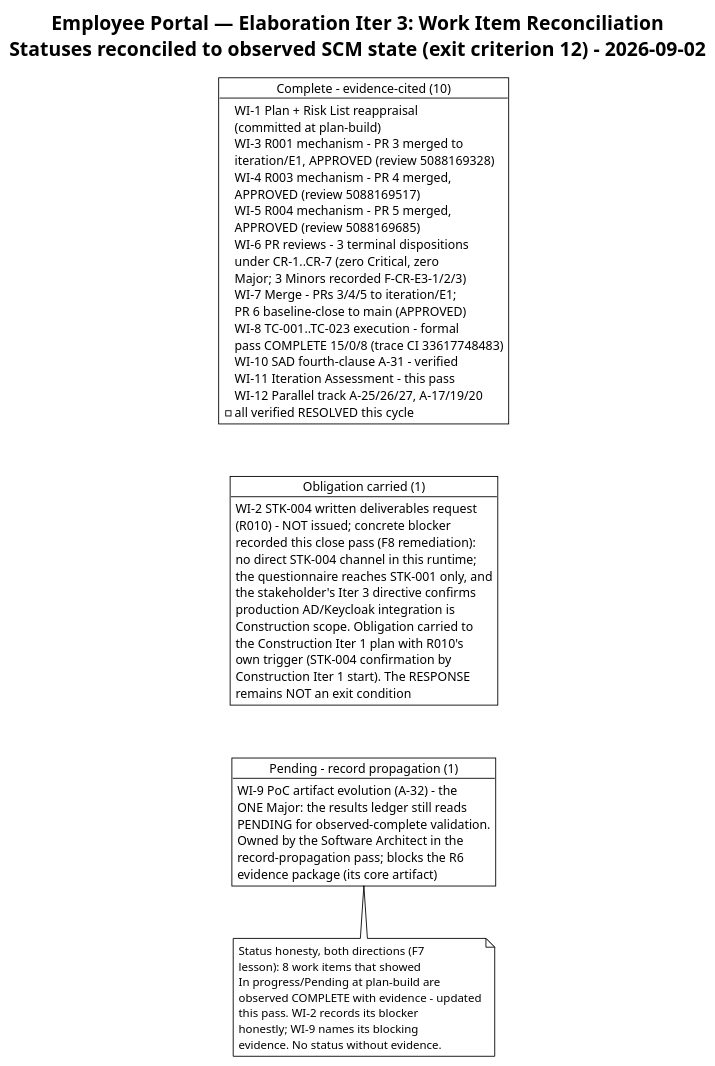
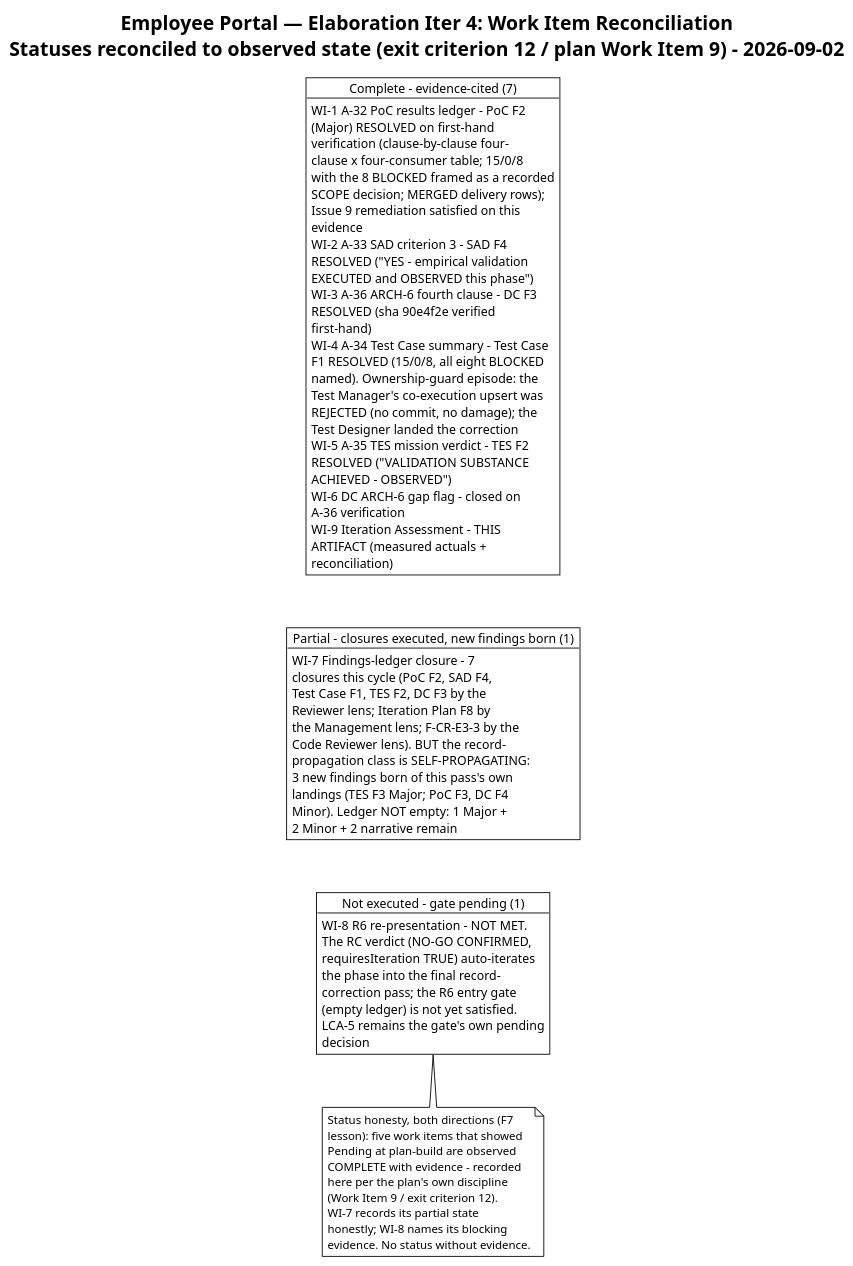
One commit to banense-test/employee-portal changed the third of 5 diagrams in docs/artifacts/project-management/iteration-assessment.md. Above: the diagram before and after it, drawn with PlantUML. The commit also changed other lines of this file, not shown here.

First line of the commit message:
Project Manager [E4]: upsert Iteration Assessment

````diff
--- a/docs/artifacts/project-management/iteration-assessment.md
+++ b/docs/artifacts/project-management/iteration-assessment.md
@@ -195,62 +214,74 @@
 ```plantuml
 @startuml
 !theme plain
-title Employee Portal — Elaboration Iter 3: Work Item Reconciliation\nStatuses reconciled to observed SCM state (exit criterion 12) - 2026-09-02
+title Employee Portal — Elaboration Iter 4: Work Item Reconciliation\nStatuses reconciled to observed state (exit criterion 12 / plan Work Item 9) - 2026-09-02
 
-object "Complete - evidence-cited (10)" as C {
-  WI-1 Plan + Risk List reappraisal
-  (committed at plan-build)
-  WI-3 R001 mechanism - PR 3 merged to
-  iteration/E1, APPROVED (review 5088169328)
-  WI-4 R003 mechanism - PR 4 merged,
-  APPROVED (review 5088169517)
-  WI-5 R004 mechanism - PR 5 merged,
-  APPROVED (review 5088169685)
-  WI-6 PR reviews - 3 terminal dispositions
-  under CR-1..CR-7 (zero Critical, zero
-  Major; 3 Minors recorded F-CR-E3-1/2/3)
-  WI-7 Merge - PRs 3/4/5 to iteration/E1;
-  PR 6 baseline-close to main (APPROVED)
-  WI-8 TC-001..TC-023 execution - formal
-  pass COMPLETE 15/0/8 (trace CI 33617748483)
-  WI-10 SAD fourth-clause A-31 - verified
-  WI-11 Iteration Assessment - this pass
-  WI-12 Parallel track A-25/26/27, A-17/19/20
-  - all verified RESOLVED this cycle
+object "Complete - evidence-cited (7)" as C {
+  WI-1 A-32 PoC results ledger - PoC F2
+  (Major) RESOLVED on first-hand
+  verification (clause-by-clause four-
+  clause x four-consumer table; 15/0/8
+  with the 8 BLOCKED framed as a recorded
+  SCOPE decision; MERGED delivery rows);
+  Issue 9 remediation satisfied on this
+  evidence
+  WI-2 A-33 SAD criterion 3 - SAD F4
+  RESOLVED ("YES - empirical validation
+  EXECUTED and OBSERVED this phase")
+  WI-3 A-36 ARCH-6 fourth clause - DC F3
+  RESOLVED (sha 90e4f2e verified
+  first-hand)
+  WI-4 A-34 Test Case summary - Test Case
+  F1 RESOLVED (15/0/8, all eight BLOCKED
+  named). Ownership-guard episode: the
+  Test Manager's co-execution upsert was
+  REJECTED (no commit, no damage); the
+  Test Designer landed the correction
+  WI-5 A-35 TES mission verdict - TES F2
+  RESOLVED ("VALIDATION SUBSTANCE
+  ACHIEVED - OBSERVED")
+  WI-6 DC ARCH-6 gap flag - closed on
+  A-36 verification
+  WI-9 Iteration Assessment - THIS
+  ARTIFACT (measured actuals +
+  reconciliation)
 }
-object "Obligation carried (1)" as IP {
-  WI-2 STK-004 written deliverables request
-  (R010) - NOT issued; concrete blocker
-  recorded this close pass (F8 remediation):
-  no direct STK-004 channel in this runtime;
-  the questionnaire reaches STK-001 only, and
-  the stakeholder's Iter 3 directive confirms
-  production AD/Keycloak integration is
-  Construction scope. Obligation carried to
-  the Construction Iter 1 plan with R010's
-  own trigger (STK-004 confirmation by
-  Construction Iter 1 start). The RESPONSE
-  remains NOT an exit condition
+object "Partial - closures executed, new findings born (1)" as P7 {
+  WI-7 Findings-ledger closure - 7
+  closures this cycle (PoC F2, SAD F4,
+  Test Case F1, TES F2, DC F3 by the
+  Reviewer lens; Iteration Plan F8 by
+  the Management lens; F-CR-E3-3 by the
+  Code Reviewer lens). BUT the record-
+  propagation class is SELF-PROPAGATING:
+  3 new findings born of this pass's own
+  landings (TES F3 Major; PoC F3, DC F4
+  Minor). Ledger NOT empty: 1 Major +
+  2 Minor + 2 narrative remain
 }
-object "Pending - record propagation (1)" as P {
-  WI-9 PoC artifact evolution (A-32) - the
-  ONE Major: the results ledger still reads
-  PENDING for observed-complete validation.
-  Owned by the Software Architect in the
-  record-propagation pass; blocks the R6
-  evidence package (its core artifact)
+object "Not executed - gate pending (1)" as P8 {
+  WI-8 R6 re-presentation - NOT MET.
+  The RC verdict (NO-GO CONFIRMED,
+  requiresIteration TRUE) auto-iterates
+  the phase into the final record-
+  correction pass; the R6 entry gate
+  (empty ledger) is not yet satisfied.
+  LCA-5 remains the gate's own pending
+  decision
 }
-C -[hidden]-> IP
-IP -[hidden]-> P
+C -[hidden]-> P7
+P7 -[hidden]-> P8
 
-note bottom of P
+note bottom of P8
   Status honesty, both directions (F7
-  lesson): 8 work items that showed
-  In progress/Pending at plan-build are
-  observed COMPLETE with evidence - updated
-  this pass. WI-2 records its blocker
-  honestly; WI-9 names its blocking
+  lesson): five work items that showed
+  Pending at plan-build are observed
+  COMPLETE with evidence - recorded
+  here per the plan's own discipline
+  (Work Item 9 / exit criterion 12).
+  WI-7 records its partial state
+  honestly; WI-8 names its blocking
   evidence. No status without evidence.
 end note
 @enduml
 ```
````
